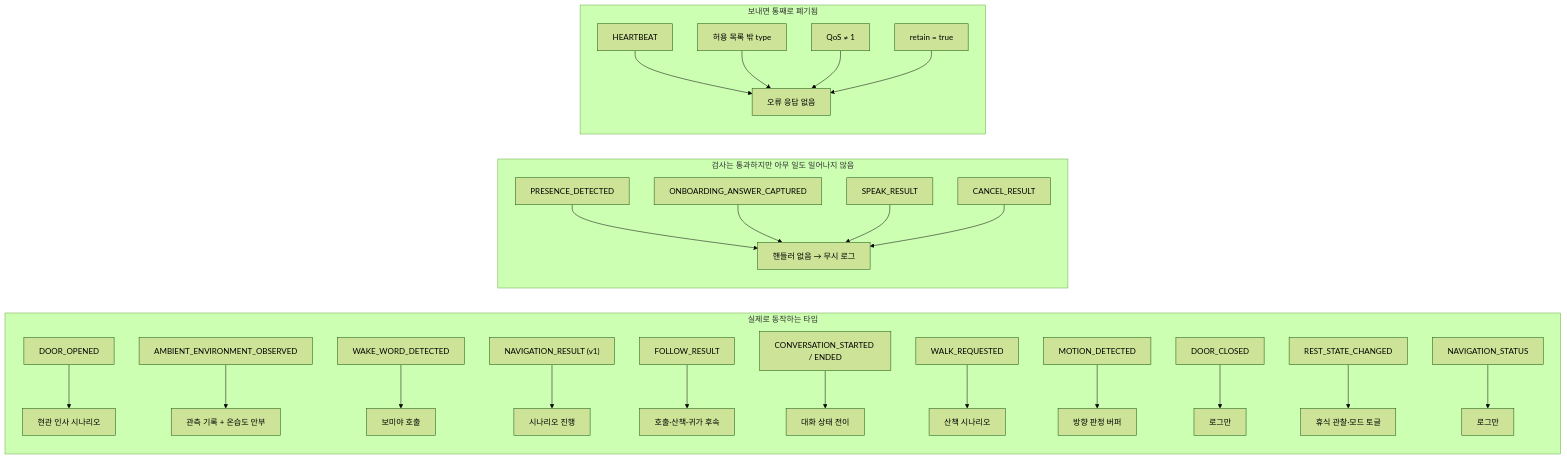
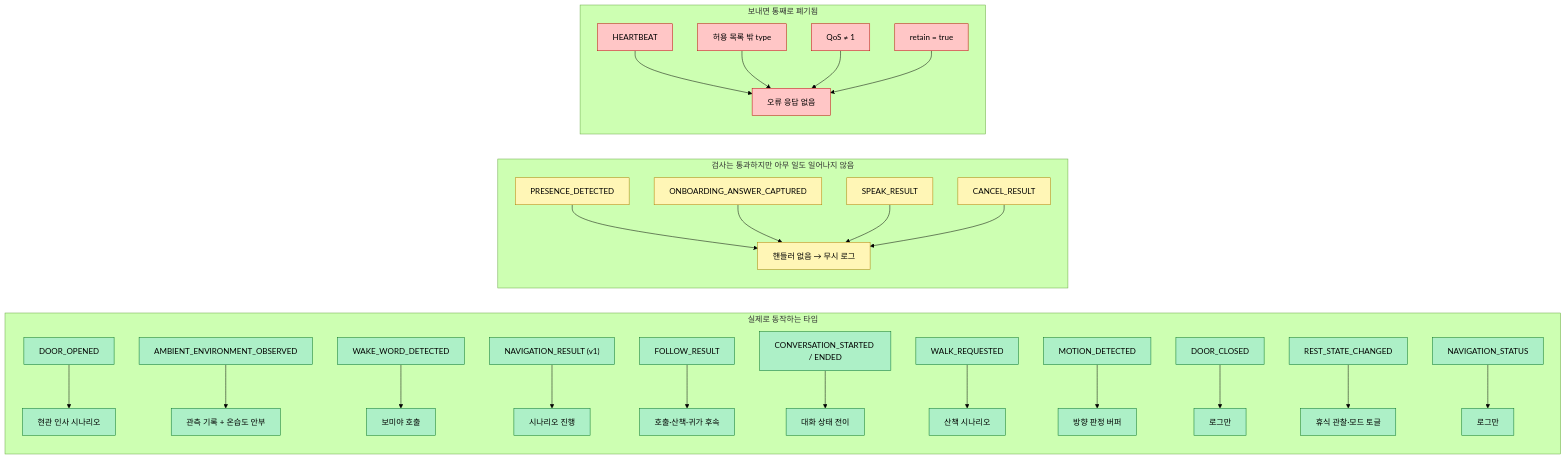
Before and after one commit to bomi-aiot/BOMI: the diagram in docs/mqtt/토픽 규약.md, drawn with Mermaid (forest theme). The commit also changed 13 other files, not shown here.

First line of the commit message:
docs: 문서 다이어그램 팔레트 통일과 배치 정리

````diff
--- a/docs/mqtt/토픽 규약.md
+++ b/docs/mqtt/토픽 규약.md
@@ -67,30 +67,34 @@
 ```mermaid
 flowchart LR
     subgraph 살아있음["실제로 동작하는 타입"]
-        A1[DOOR_OPENED] --> A2[현관 인사 시나리오]
-        B1[AMBIENT_ENVIRONMENT_OBSERVED] --> B2[관측 기록 + 온습도 안부]
-        C1[WAKE_WORD_DETECTED] --> C2[보미야 호출]
-        D1["NAVIGATION_RESULT (v1)"] --> D2[시나리오 진행]
-        E1[FOLLOW_RESULT] --> E2[호출·산책·귀가 후속]
-        F1[CONVERSATION_STARTED / ENDED] --> F2[대화 상태 전이]
-        G1[WALK_REQUESTED] --> G2[산책 시나리오]
-        H1[MOTION_DETECTED] --> H2[방향 판정 버퍼]
-        I1[DOOR_CLOSED] --> I2[로그만]
-        J1[REST_STATE_CHANGED] --> J2[휴식 관찰·모드 토글]
-        K1[NAVIGATION_STATUS] --> K2[로그만]
+        A1[DOOR_OPENED]:::alive --> A2[현관 인사 시나리오]:::alive
+        B1[AMBIENT_ENVIRONMENT_OBSERVED]:::alive --> B2[관측 기록 + 온습도 안부]:::alive
+        C1[WAKE_WORD_DETECTED]:::alive --> C2[보미야 호출]:::alive
+        D1["NAVIGATION_RESULT (v1)"]:::alive --> D2[시나리오 진행]:::alive
+        E1[FOLLOW_RESULT]:::alive --> E2[호출·산책·귀가 후속]:::alive
+        F1[CONVERSATION_STARTED / ENDED]:::alive --> F2[대화 상태 전이]:::alive
+        G1[WALK_REQUESTED]:::alive --> G2[산책 시나리오]:::alive
+        H1[MOTION_DETECTED]:::alive --> H2[방향 판정 버퍼]:::alive
+        I1[DOOR_CLOSED]:::alive --> I2[로그만]:::alive
+        J1[REST_STATE_CHANGED]:::alive --> J2[휴식 관찰·모드 토글]:::alive
+        K1[NAVIGATION_STATUS]:::alive --> K2[로그만]:::alive
     end
     subgraph 죽음["검사는 통과하지만 아무 일도 일어나지 않음"]
-        X1[PRESENCE_DETECTED]
-        X2[ONBOARDING_ANSWER_CAPTURED]
-        X3[SPEAK_RESULT]
-        X4[CANCEL_RESULT]
-        X1 & X2 & X3 & X4 --> XN["핸들러 없음 → 무시 로그"]
+        X1[PRESENCE_DETECTED]:::nohandler
+        X2[ONBOARDING_ANSWER_CAPTURED]:::nohandler
+        X3[SPEAK_RESULT]:::nohandler
+        X4[CANCEL_RESULT]:::nohandler
+        X1 & X2 & X3 & X4 --> XN["핸들러 없음 → 무시 로그"]:::nohandler
     end
     subgraph 거부["보내면 통째로 폐기됨"]
-        Y1[HEARTBEAT]
-        Y2["허용 목록 밖 type"]
-        Y3["QoS ≠ 1"]
-        Y4["retain = true"]
-        Y1 & Y2 & Y3 & Y4 --> YN["오류 응답 없음"]
+        Y1[HEARTBEAT]:::rejected
+        Y2["허용 목록 밖 type"]:::rejected
+        Y3["QoS ≠ 1"]:::rejected
+        Y4["retain = true"]:::rejected
+        Y1 & Y2 & Y3 & Y4 --> YN["오류 응답 없음"]:::rejected
     end
+
+    classDef alive fill:#adf0c7,stroke:#087429
+    classDef nohandler fill:#fff6b6,stroke:#af7e02
+    classDef rejected fill:#ffc6c6,stroke:#bd0909
 ```
````
